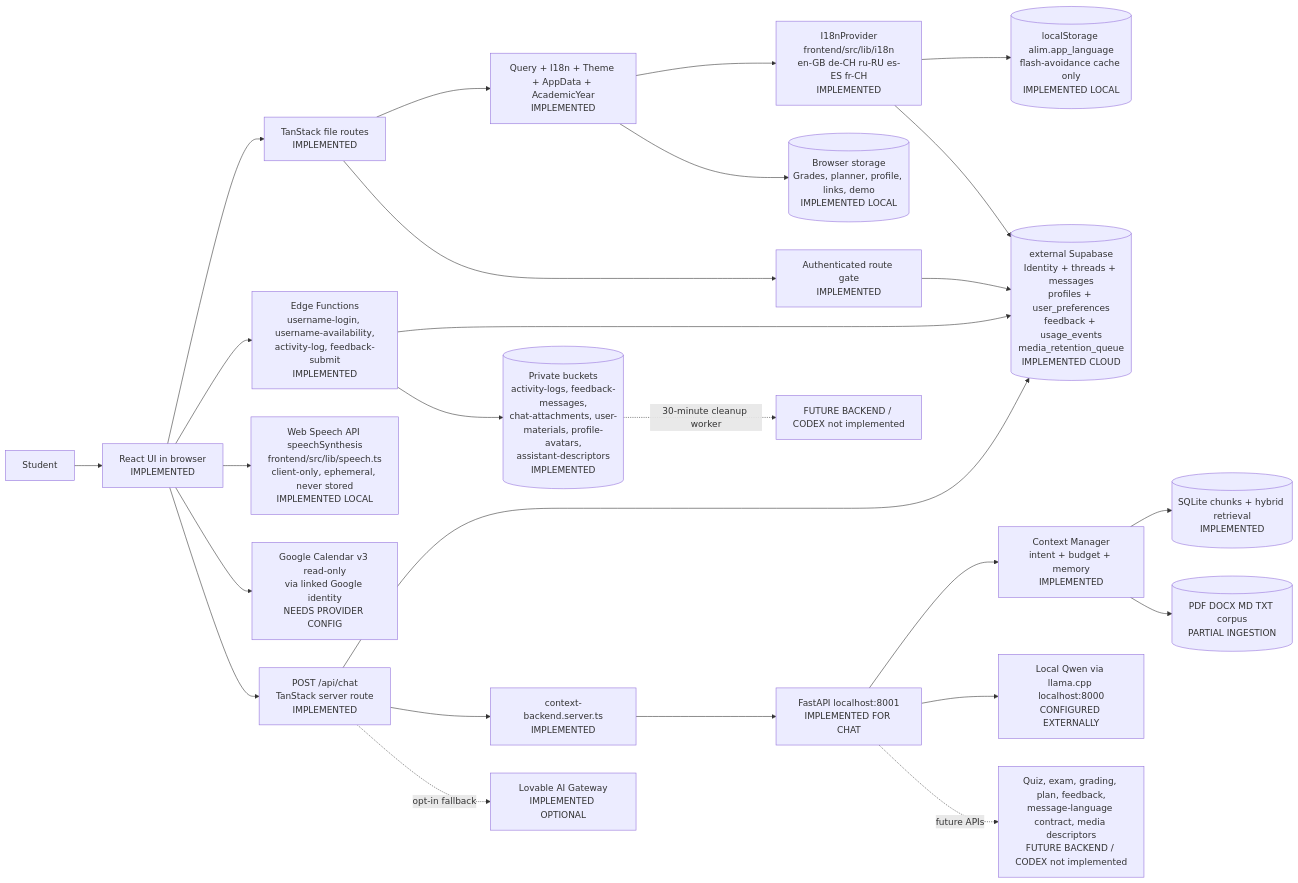
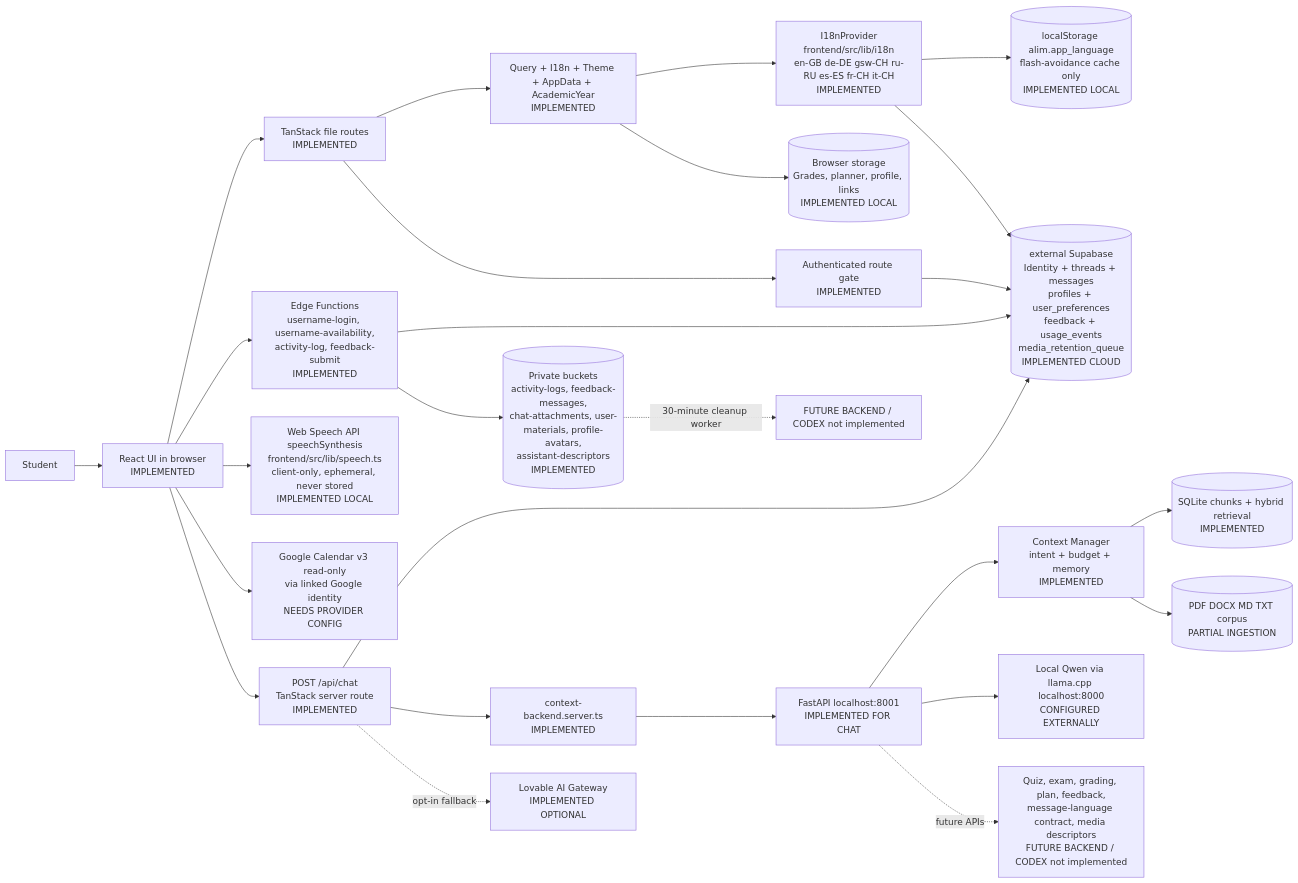
The diagram in docs/wireframes/01-system-overview.mmd (keyshavmor/study-swiss-star), drawn with Mermaid before and after one commit. The commit also changed 80 other files, not shown here.

```diff
--- a/docs/wireframes/01-system-overview.mmd
+++ b/docs/wireframes/01-system-overview.mmd
@@ -1,26 +1,26 @@
 flowchart LR
   Student[Student] --> Browser[React UI in browser\nIMPLEMENTED]
   Browser --> Router[TanStack file routes\nIMPLEMENTED]
   Router --> Providers[Query + I18n + Theme + AppData + AcademicYear\nIMPLEMENTED]
-  Providers --> I18n[I18nProvider\nfrontend/src/lib/i18n\nen-GB de-CH ru-RU es-ES fr-CH\nIMPLEMENTED]
+  Providers --> I18n[I18nProvider\nfrontend/src/lib/i18n\nen-GB de-DE gsw-CH ru-RU es-ES fr-CH it-CH\nIMPLEMENTED]
   I18n --> LangCache[(localStorage alim.app_language\nflash-avoidance cache only\nIMPLEMENTED LOCAL)]
-  Providers --> Local[(Browser storage\nGrades, planner, profile, links, demo\nIMPLEMENTED LOCAL)]
+  Providers --> Local[(Browser storage\nGrades, planner, profile, links\nIMPLEMENTED LOCAL)]
   Router --> Auth[Authenticated route gate\nIMPLEMENTED]
   Auth --> Cloud[(external Supabase\nIdentity + threads + messages\nprofiles + user_preferences\nfeedback + usage_events\nmedia_retention_queue\nIMPLEMENTED CLOUD)]
   I18n --> Cloud
   Browser --> Fns[Edge Functions\nusername-login, username-availability,\nactivity-log, feedback-submit\nIMPLEMENTED]
   Fns --> Cloud
   Fns --> Buckets[(Private buckets\nactivity-logs, feedback-messages,\nchat-attachments, user-materials, profile-avatars,\nassistant-descriptors\nIMPLEMENTED)]
   Browser --> Speech[Web Speech API speechSynthesis\nfrontend/src/lib/speech.ts\nclient-only, ephemeral, never stored\nIMPLEMENTED LOCAL]
   Browser --> GCal[Google Calendar v3 read-only\nvia linked Google identity\nNEEDS PROVIDER CONFIG]
   Browser --> ChatRoute[POST /api/chat\nTanStack server route\nIMPLEMENTED]
   ChatRoute --> Cloud
   ChatRoute --> Adapter[context-backend.server.ts\nIMPLEMENTED]
   Adapter --> Python[FastAPI localhost:8001\nIMPLEMENTED FOR CHAT]
   Python --> Context[Context Manager\nintent + budget + memory\nIMPLEMENTED]
   Context --> Retrieval[(SQLite chunks + hybrid retrieval\nIMPLEMENTED)]
   Context --> Files[(PDF DOCX MD TXT corpus\nPARTIAL INGESTION)]
   Python --> Model[Local Qwen via llama.cpp localhost:8000\nCONFIGURED EXTERNALLY]
   ChatRoute -. opt-in fallback .-> Gateway[Lovable AI Gateway\nIMPLEMENTED OPTIONAL]
   Python -. future APIs .-> Future[Quiz, exam, grading, plan, feedback,\nmessage-language contract, media descriptors\nFUTURE BACKEND / CODEX not implemented]
   Buckets -. 30-minute cleanup worker .-> FutureCleanup[FUTURE BACKEND / CODEX not implemented]
```
